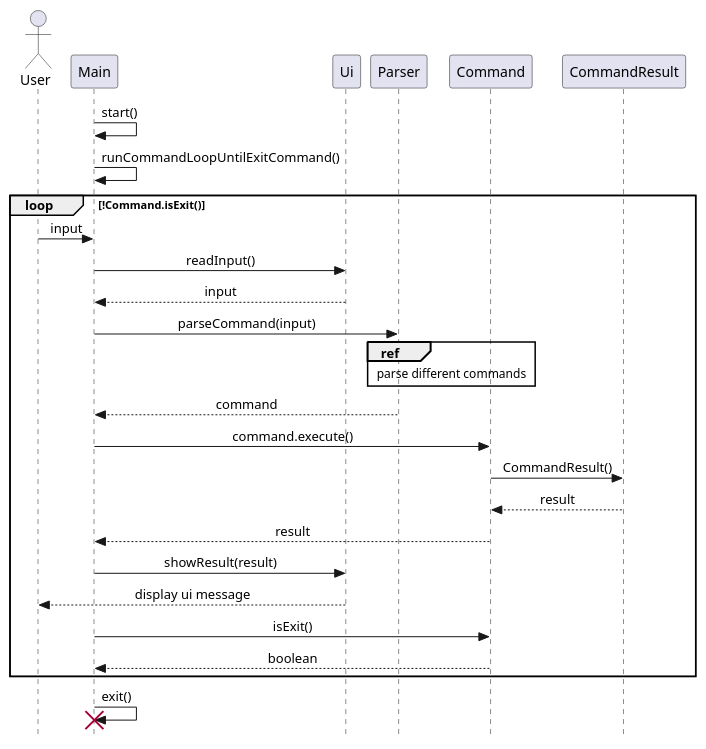
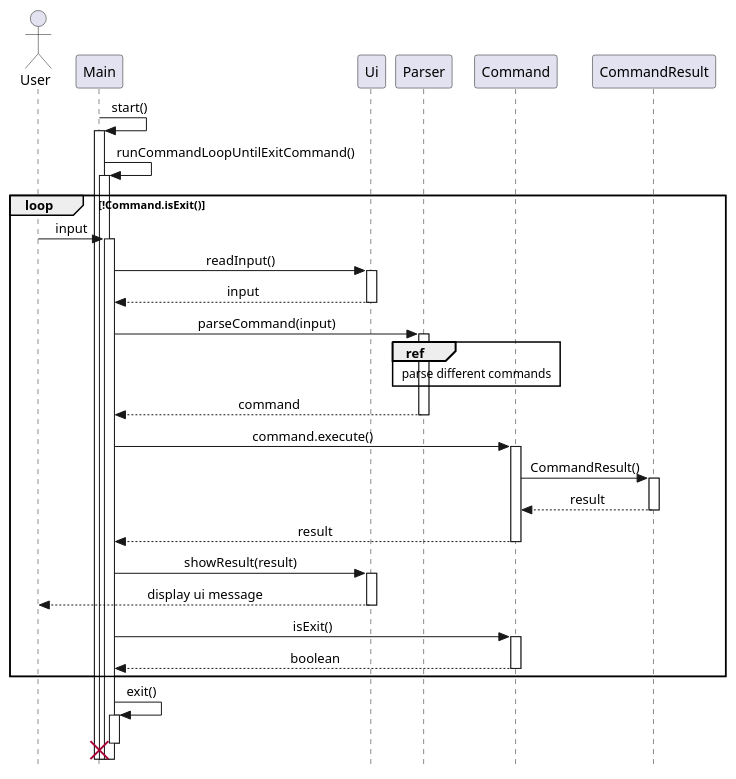
Before and after one commit to nus-cs2113-AY2223S1/tp: the diagram in docs/diagrams/Architecture.puml, drawn with PlantUML. The commit also changed 7 other files, not shown here.

```diff
--- a/docs/diagrams/Architecture.puml
+++ b/docs/diagrams/Architecture.puml
@@ -1,38 +1,38 @@
 @startuml
 skinparam Style strictuml
 skinparam SequenceMessageAlignment center
 'autonumber
-'autoactivate on
+autoactivate on
 
 
 actor User
 Main -> Main: start()
 
 Main -> Main: runCommandLoopUntilExitCommand()
 loop !Command.isExit()
 User -> Main: input
 Main -> Ui : readInput()
 Ui --> Main: input
 Main -> Parser: parseCommand(input)
 ref over Parser, Command: parse different commands
 'Parser -> Command: Command()
 'Command --> Parser: command
 Parser --> Main :command
 
 Main ->  Command: command.execute()
 Command -> CommandResult: CommandResult()
 CommandResult --> Command: result
 Command --> Main: result
 Main -> Ui: showResult(result)
 Ui --> User: display ui message
 
 Main -> Command: isExit()
 Command --> Main: boolean
 end
 
 
 Main -> Main: exit()
 destroy Main
 
 
 @enduml
```
